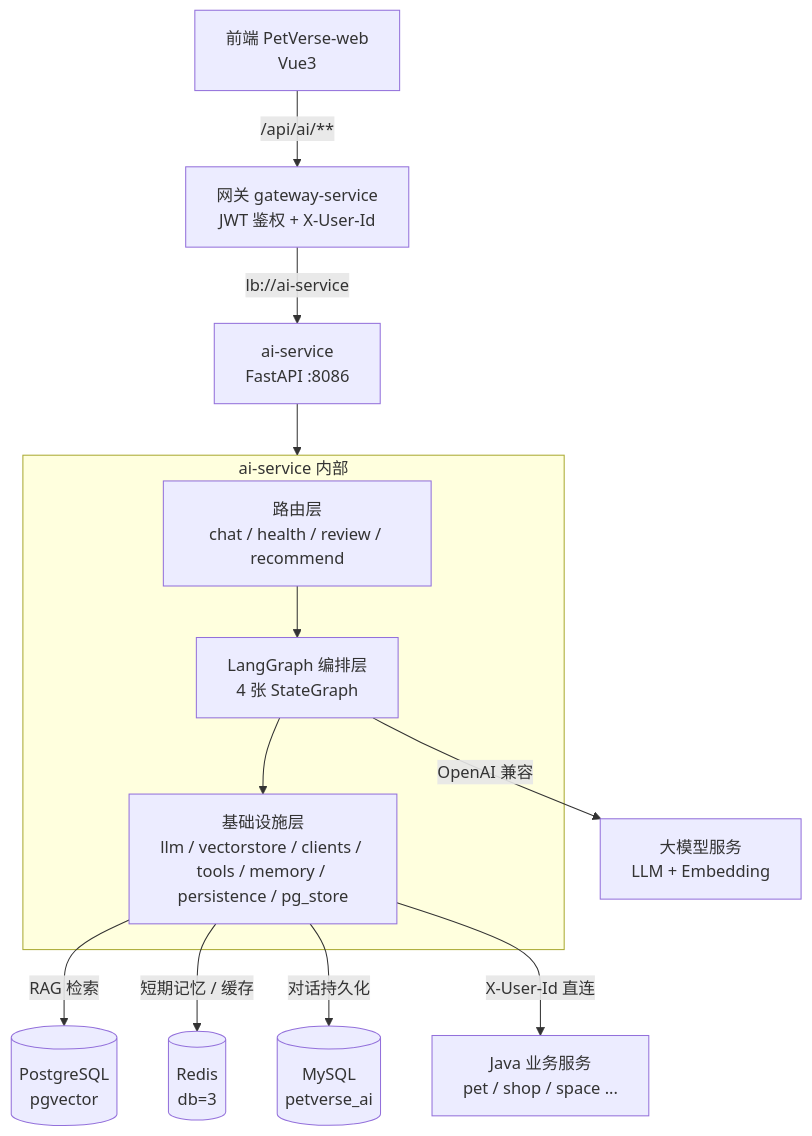
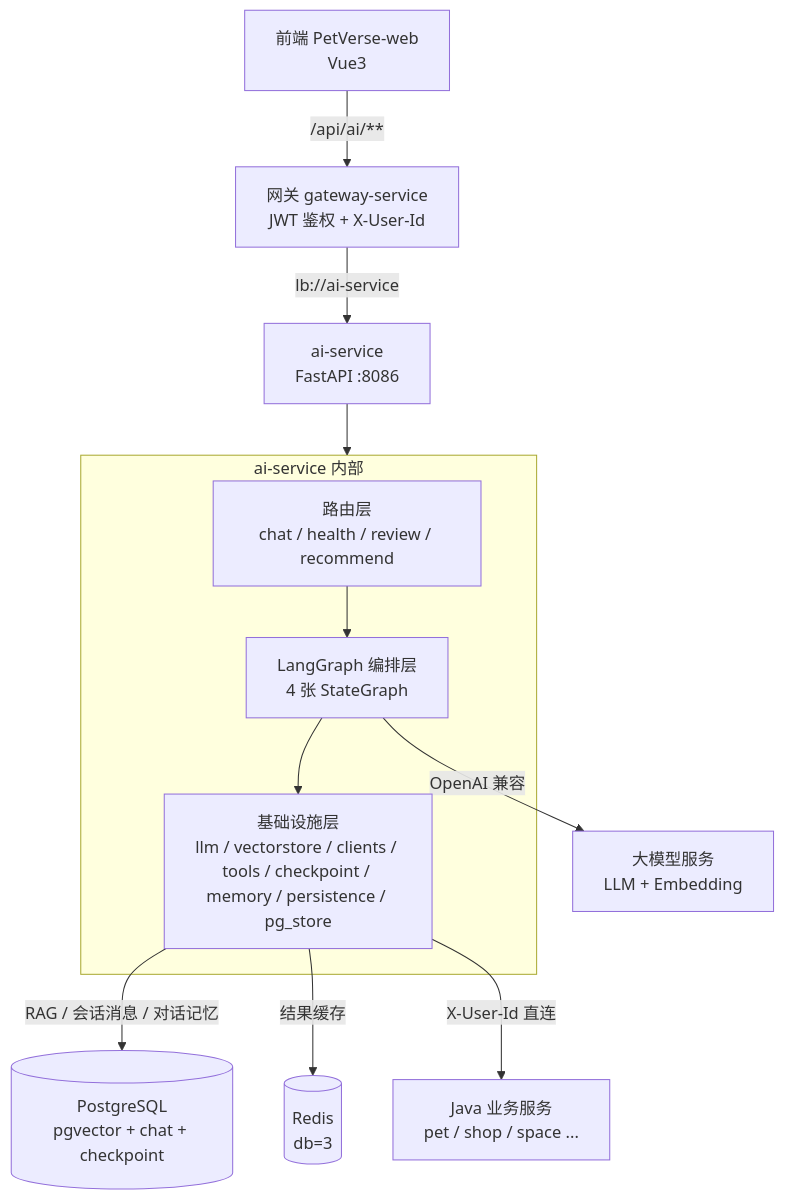
One commit to jieHao333/PetVerse changed the first of 5 diagrams in docs/AI模块功能说明.md. Above: the diagram before and after it, drawn with Mermaid. The commit also changed other lines of this file and 15 other files, not shown here.

````diff
--- a/docs/AI模块功能说明.md
+++ b/docs/AI模块功能说明.md
@@ -49,19 +50,18 @@
 ```mermaid
 flowchart TB
     FE["前端 PetVerse-web<br/>Vue3"] -->|"/api/ai/**"| GW["网关 gateway-service<br/>JWT 鉴权 + X-User-Id"]
     GW -->|"lb://ai-service"| AI["ai-service<br/>FastAPI :8086"]
 
     subgraph AI_INNER ["ai-service 内部"]
         ROUTERS["路由层<br/>chat / health / review / recommend"]
         GRAPHS["LangGraph 编排层<br/>4 张 StateGraph"]
-        INFRA["基础设施层<br/>llm / vectorstore / clients / tools / memory / persistence / pg_store"]
+        INFRA["基础设施层<br/>llm / vectorstore / clients / tools / checkpoint / memory / persistence / pg_store"]
         ROUTERS --> GRAPHS --> INFRA
     end
 
     AI --> AI_INNER
-    INFRA -->|"RAG 检索"| PG[("PostgreSQL<br/>pgvector")]
-    INFRA -->|"短期记忆 / 缓存"| RD[("Redis<br/>db=3")]
-    INFRA -->|"对话持久化"| MY[("MySQL<br/>petverse_ai")]
+    INFRA -->|"RAG / 会话消息 / 对话记忆"| PG[("PostgreSQL<br/>pgvector + chat + checkpoint")]
+    INFRA -->|"结果缓存"| RD[("Redis<br/>db=3")]
     INFRA -->|"X-User-Id 直连"| BIZ["Java 业务服务<br/>pet / shop / space ..."]
     GRAPHS -->|"OpenAI 兼容"| LLM["大模型服务<br/>LLM + Embedding"]
 ```
````
